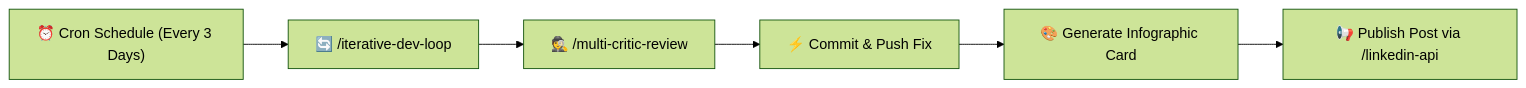
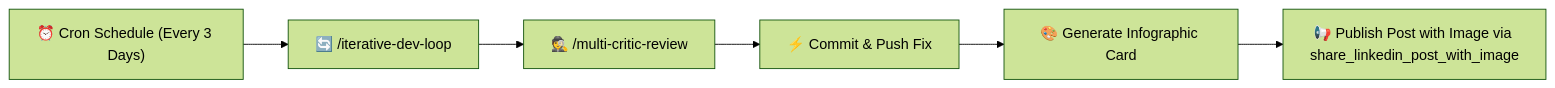
One commit to Asm-o-Dan/DrugsEngine changed the second of 2 diagrams in LINKEDIN_10_POSTS_ROADMAP.md. Above: the diagram before and after it, drawn with Mermaid (forest theme). The commit also changed other lines of this file, not shown here.

Commit message:
Update roadmap: Post #2 republished with image, add image publishing guideline

````diff
--- a/LINKEDIN_10_POSTS_ROADMAP.md
+++ b/LINKEDIN_10_POSTS_ROADMAP.md
@@ -188,8 +189,8 @@
 ```mermaid
 flowchart LR
     Schedule["⏰ Cron Schedule (Every 3 Days)"] --> Loop["🔄 /iterative-dev-loop"]
     Loop --> Critic["🕵️ /multi-critic-review"]
     Critic --> Fix["⚡ Commit & Push Fix"]
     Fix --> Image["🎨 Generate Infographic Card"]
-    Image --> LinkedIn["📢 Publish Post via /linkedin-api"]
+    Image --> LinkedIn["📢 Publish Post with Image via share_linkedin_post_with_image"]
 ```
````
